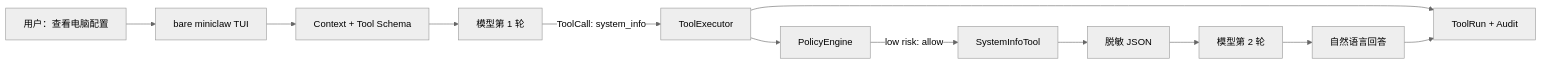
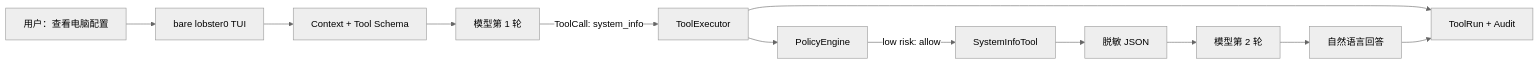
Before and after one commit to NEDONION/lobster0: the first of 9 diagrams in docs/engineering/phase-2/20260807_tool-runtime-and-system-info.md, drawn with Mermaid (neutral theme). The commit also changed other lines of this file and 221 other files, not shown here.

First line of the commit message:
docs(rename): 文档、官网内容与桌面/TUI/Browser-Worker 品牌文案改为 Lobster0

````diff
--- a/docs/engineering/phase-2/20260807_tool-runtime-and-system-info.md
+++ b/docs/engineering/phase-2/20260807_tool-runtime-and-system-info.md
@@ -28,14 +28,14 @@
 ```mermaid
 flowchart LR
-    USER["用户：查看电脑配置"] --> CLI["bare miniclaw TUI"]
+    USER["用户：查看电脑配置"] --> CLI["bare lobster0 TUI"]
     CLI --> CONTEXT["Context + Tool Schema"]
     CONTEXT --> MODEL1["模型第 1 轮"]
     MODEL1 -->|"ToolCall: system_info"| EXECUTOR["ToolExecutor"]
     EXECUTOR --> POLICY["PolicyEngine"]
     POLICY -->|"low risk: allow"| TOOL["SystemInfoTool"]
     TOOL --> RESULT["脱敏 JSON"]
     RESULT --> MODEL2["模型第 2 轮"]
     MODEL2 --> ANSWER["自然语言回答"]
     EXECUTOR --> DB["ToolRun + Audit"]
     ANSWER --> DB
 ```
````
